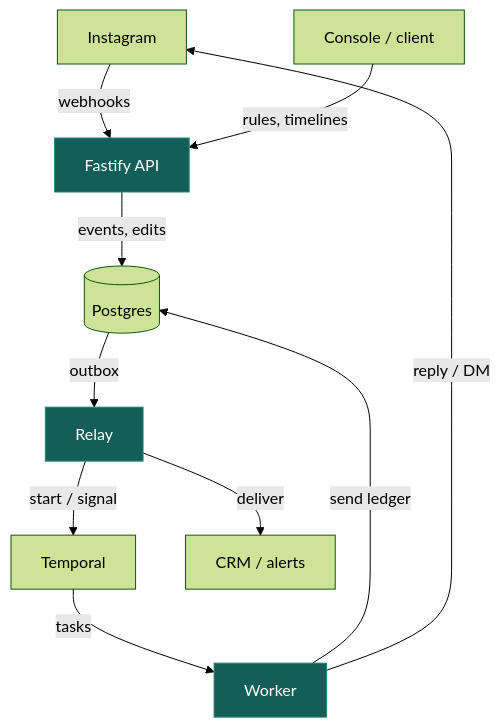
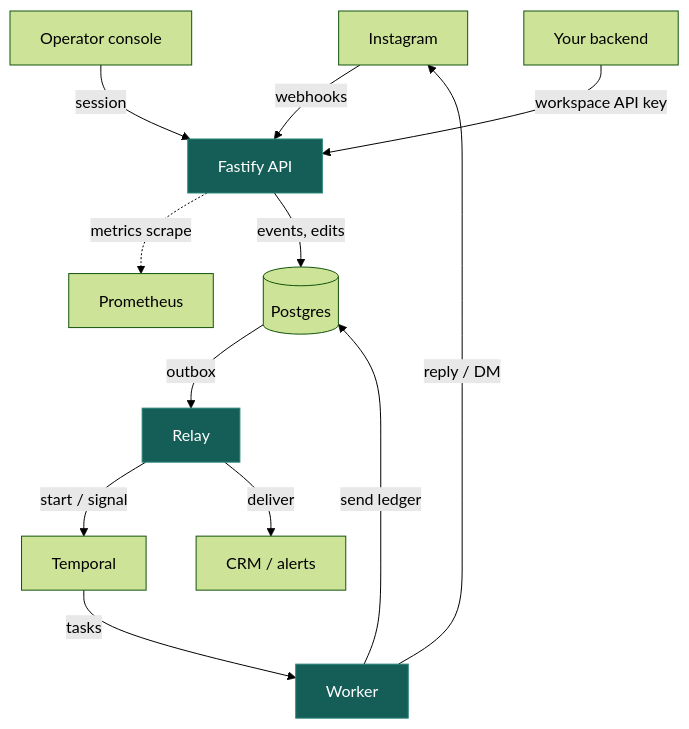
Before and after one commit to Psy-Labs-admin/blotato-comment-automation: the first of 4 diagrams in docs/design.md, drawn with Mermaid (forest theme). The commit also changed other lines of this file and 21 other files, not shown here.

````diff
--- a/docs/design.md
+++ b/docs/design.md
@@ -32,16 +49,18 @@
 ```mermaid
 flowchart TB
     accTitle: Services behind one Instagram conversation
-    accDescr: The API saves signed events to Postgres. The relay passes workflow commands to Temporal and delivers CRM and alert jobs. The worker reads and writes the send ledger and calls Instagram.
+    accDescr: The API accepts signed events, serves the console and external clients, and exposes metrics to Prometheus. Postgres stores events and rules. The relay starts workflows in Temporal and delivers integration jobs. The worker records sends and calls Instagram.
     IG["Instagram"] -->|webhooks| API["Fastify API"]
-    UI["Console / client"] -->|rules, timelines| API
+    UI["Operator console"] -->|session| API
+    Client["Your backend"] -->|workspace API key| API
+    API -.->|metrics scrape| Monitor["Prometheus"]
     API -->|events, edits| PG[("Postgres")]
     PG -->|outbox| R["Relay"]
     R -->|start / signal| T["Temporal"]
     T -->|tasks| W["Worker"]
     W -->|send ledger| PG
     W -->|reply / DM| IG
     R -->|deliver| Dest["CRM / alerts"]
     classDef role fill:#155e58,stroke:#278477,color:#fff
     class API,R,W role
 ```
````
